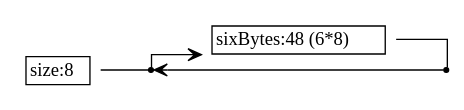
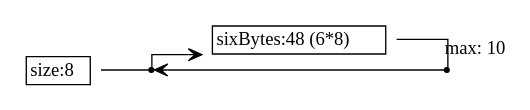
The diagram in src/genrepeat/genrepeat-spec.dot (sireum/bitcodec-examples), drawn with Graphviz before and after one commit. The commit also changed 12 other files, not shown here.

```diff
--- a/src/genrepeat/genrepeat-spec.dot
+++ b/src/genrepeat/genrepeat-spec.dot
@@ -1,24 +1,24 @@
 digraph G {
   rankdir = LR;
   graph [splines=ortho];
   node [shape=plaintext];
   edge [arrowhead=vee];
 
   n0 [label=<
     <TABLE BORDER="0" CELLBORDER="1" CELLSPACING="0" TOOLTIP="Foo" HREF="#">
       <TR><TD>size:8</TD></TR>
     </TABLE>
   >];
   n1 [shape=point];
   n2 [label=<
     <TABLE BORDER="0" CELLBORDER="1" CELLSPACING="0" TOOLTIP="Foo.sixBytes" HREF="#">
       <TR><TD>sixBytes:48 (6*8)</TD></TR>
     </TABLE>
   >];
   n3 [shape=point];
 
+  n0 -> n1 [arrowhead=none];
   n3 -> n1;
-  n0 -> n1 [arrowhead=none];
   n1 -> n2;
-  n2 -> n3 [arrowhead=none];
+  n2 -> n3 [arrowhead=none, xlabel="max: 10"];
 }
```
